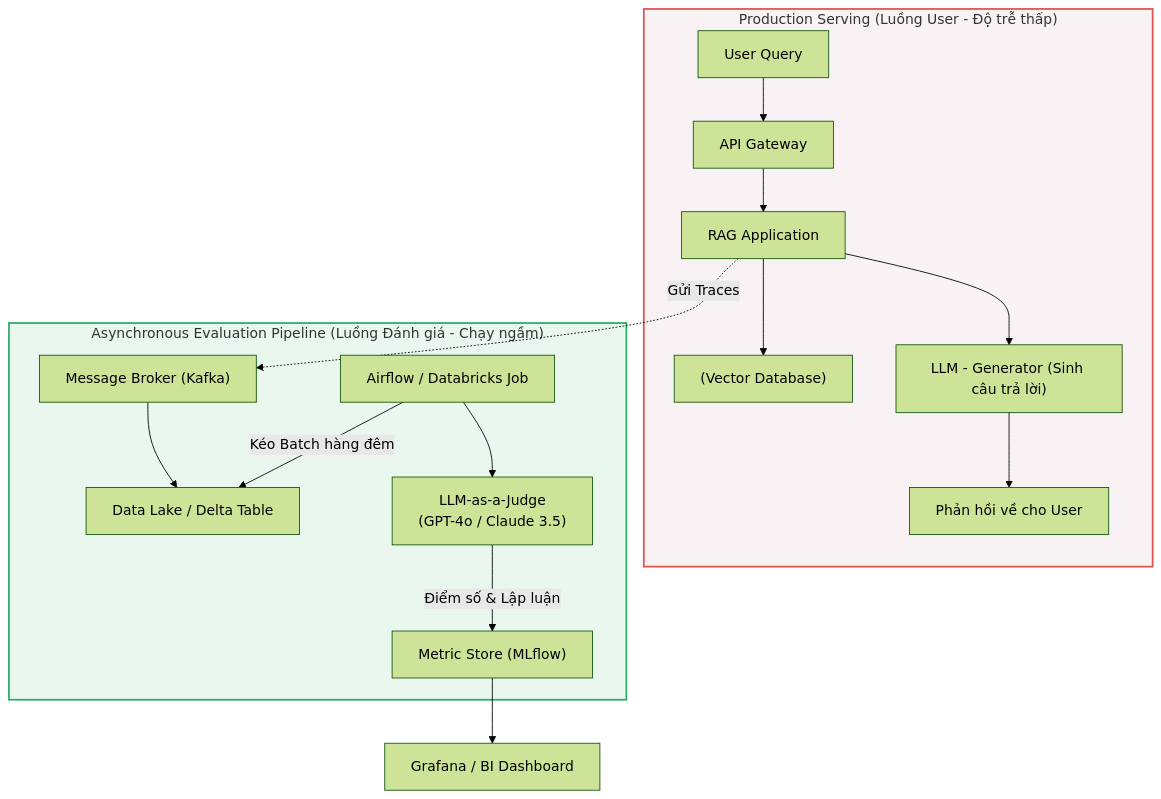
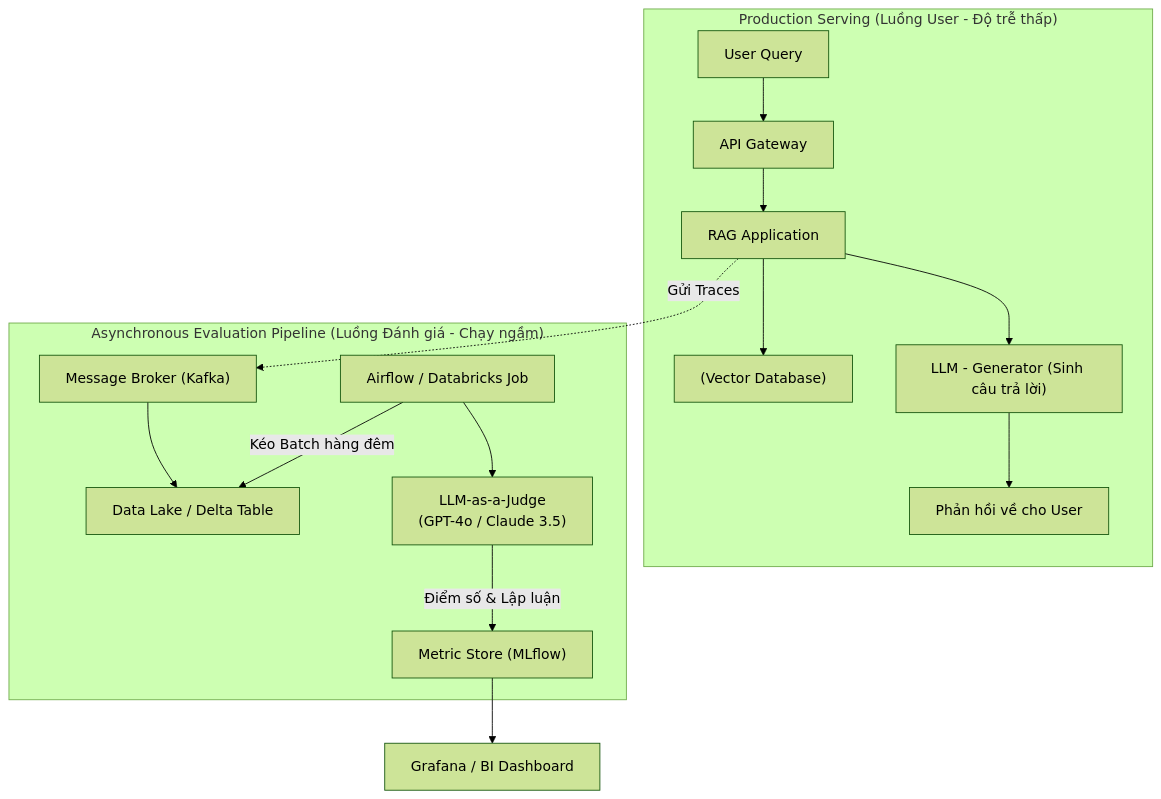
One commit to kythuatdulieu/kythuatdulieu.github.io changed the diagram in src/content/docs/concepts/9-genai-machine-learning/llm-as-a-judge.md. Above: the diagram before and after it, drawn with Mermaid (forest theme). The commit also changed 682 other files, not shown here.

````diff
--- a/src/content/docs/concepts/9-genai-machine-learning/llm-as-a-judge.md
+++ b/src/content/docs/concepts/9-genai-machine-learning/llm-as-a-judge.md
@@ -25,26 +25,24 @@
 ```mermaid
 flowchart TD
     subgraph Execution_Path ["Production Serving (Luồng User - Độ trễ thấp)"]
         U["User Query"] --> A["API Gateway"]
         A --> R["RAG Application"]
         R --> DB["(Vector Database)"]
         R --> LLM1["LLM - Generator (Sinh câu trả lời)"]
         LLM1 --> Response["Phản hồi về cho User"]
     end
 
     subgraph Evaluation_Path ["Asynchronous Evaluation Pipeline (Luồng Đánh giá - Chạy ngầm)"]
         R -.->|Gửi Traces| Kafka["Message Broker (Kafka)"]
         Kafka --> DL["Data Lake / Delta Table"]
         
         Job["Airflow / Databricks Job"] -->|Kéo Batch hàng đêm| DL
         Job --> Judge["LLM-as-a-Judge\n(GPT-4o / Claude 3.5)"]
         Judge -->|Điểm số & Lập luận| Metric["Metric Store (MLflow)"]
     end
     
     Metric --> Dashboard["Grafana / BI Dashboard"]
-    
-    classDef path fill:#f9f2f4,stroke:#d9534f,stroke-width:2px;
-    classDef eval fill:#e9f7ef,stroke:#27ae60,stroke-width:2px;
+
     class Execution_Path path;
     class Evaluation_Path eval;
 ```
````
